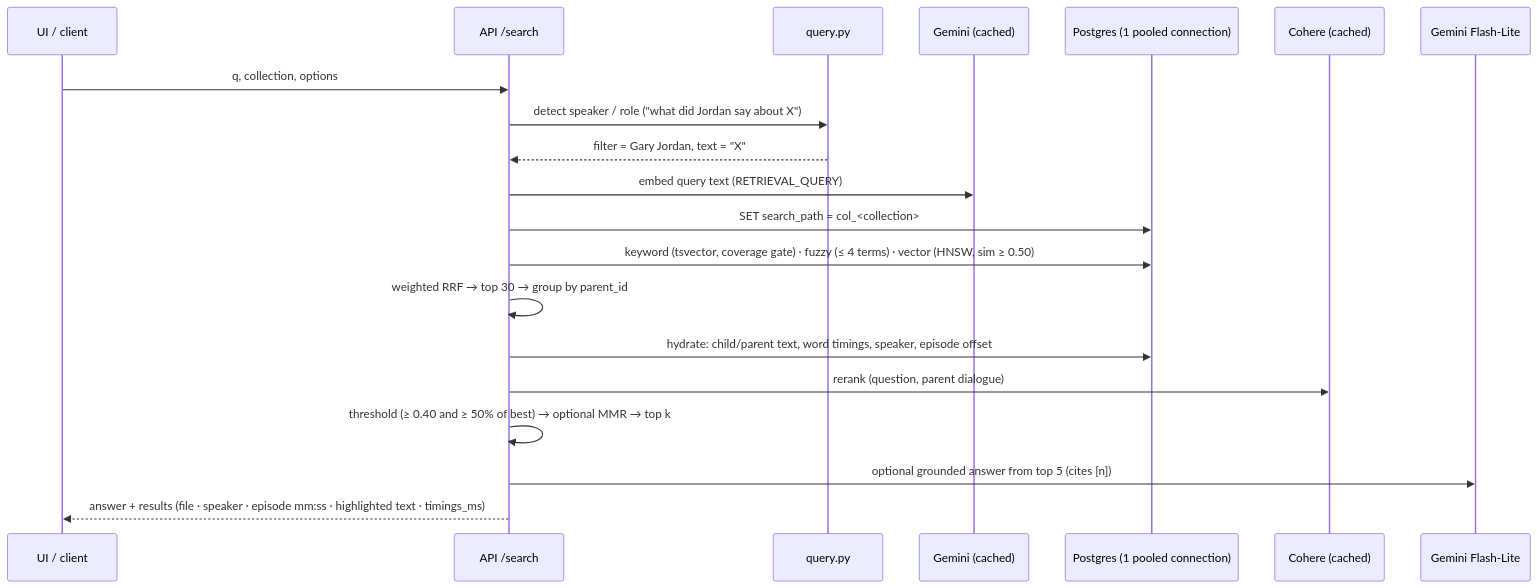
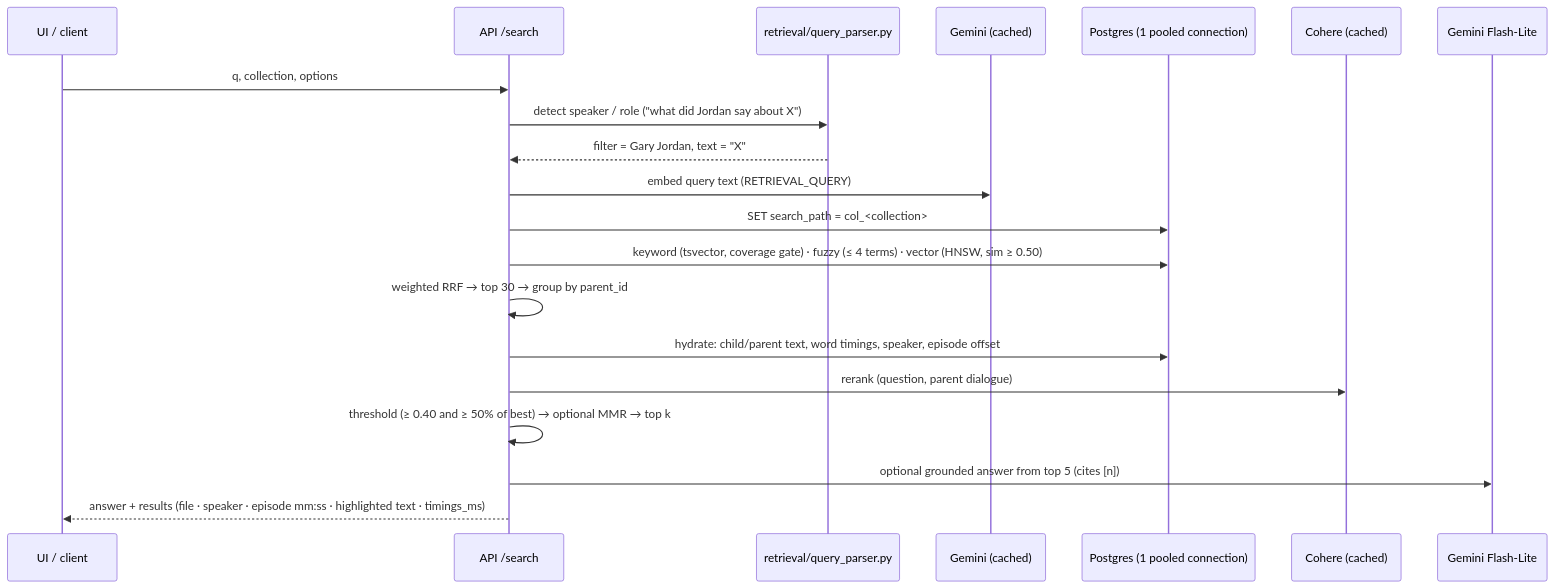
Before and after one commit to ravikasaudhan49/audio-hybrid-search: the third of 4 diagrams in docs/ARCHITECTURE.md, drawn with Mermaid. The commit also changed other lines of this file and 112 other files, not shown here.

````diff
--- a/docs/ARCHITECTURE.md
+++ b/docs/ARCHITECTURE.md
@@ -74,22 +107,22 @@
 ```mermaid
 sequenceDiagram
     participant U as UI / client
     participant A as API /search
-    participant Q as query.py
+    participant Q as retrieval/query_parser.py
     participant G as Gemini (cached)
     participant P as Postgres (1 pooled connection)
     participant C as Cohere (cached)
     participant L as Gemini Flash-Lite
     U->>A: q, collection, options
     A->>Q: detect speaker / role ("what did Jordan say about X")
     Q-->>A: filter = Gary Jordan, text = "X"
     A->>G: embed query text (RETRIEVAL_QUERY)
     A->>P: SET search_path = col_<collection>
     A->>P: keyword (tsvector, coverage gate) · fuzzy (≤ 4 terms) · vector (HNSW, sim ≥ 0.50)
     A->>A: weighted RRF → top 30 → group by parent_id
     A->>P: hydrate: child/parent text, word timings, speaker, episode offset
     A->>C: rerank (question, parent dialogue)
     A->>A: threshold (≥ 0.40 and ≥ 50% of best) → optional MMR → top k
     A->>L: optional grounded answer from top 5 (cites [n])
     A-->>U: answer + results (file · speaker · episode mm:ss · highlighted text · timings_ms)
 ```
````
